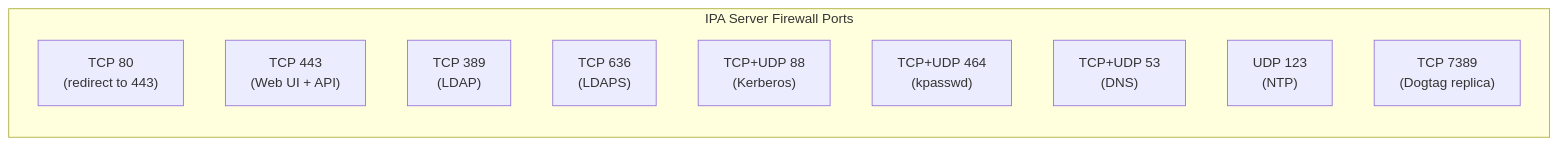
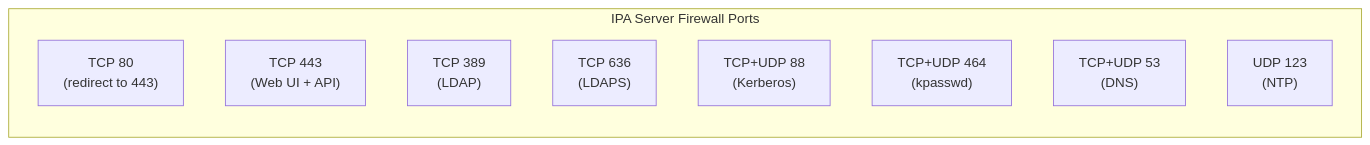
The fourth of 4 diagrams in 02_installation.md (UncleJS/course_FreeIPA), drawn with Mermaid before and after one commit. The commit also changed other lines of this file and 24 other files, not shown here.

````diff
--- a/02_installation.md
+++ b/02_installation.md
@@ -399,14 +404,13 @@
 ```mermaid
 graph LR
     subgraph "IPA Server Firewall Ports"
         A["TCP 80<br/>(redirect to 443)"]
         B["TCP 443<br/>(Web UI + API)"]
         C["TCP 389<br/>(LDAP)"]
         D["TCP 636<br/>(LDAPS)"]
         E["TCP+UDP 88<br/>(Kerberos)"]
         F["TCP+UDP 464<br/>(kpasswd)"]
         G["TCP+UDP 53<br/>(DNS)"]
         H["UDP 123<br/>(NTP)"]
-        I["TCP 7389<br/>(Dogtag replica)"]
     end
 ```
````
